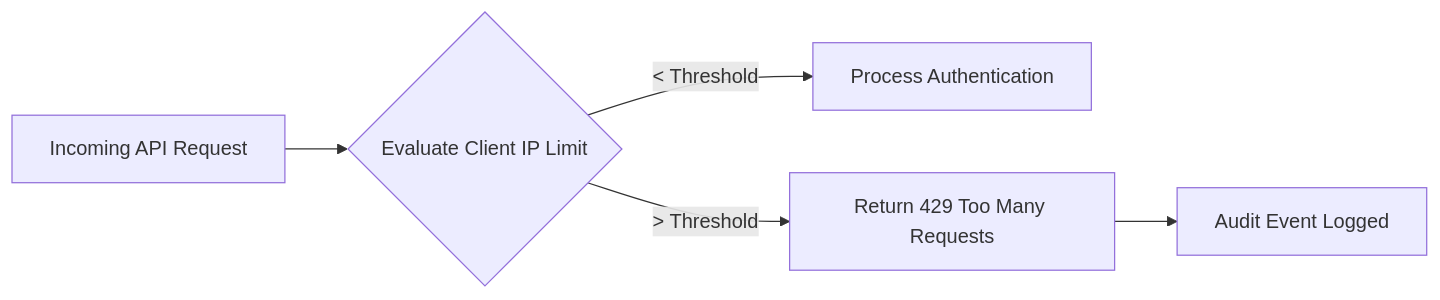
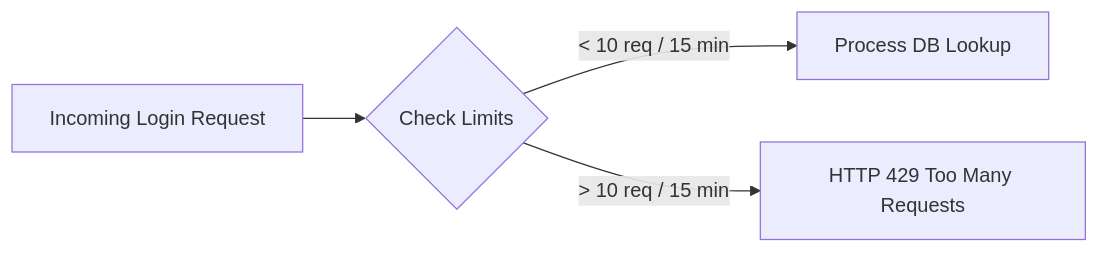
Before and after one commit to ayushsinghh0/just-doing-some-todo: the seventh of 7 diagrams in README.md, drawn with Mermaid. The commit also changed other lines of this file, not shown here.

````diff
--- a/README.md
+++ b/README.md
@@ -351,7 +289,6 @@
 ```mermaid
 graph LR
-    Req[Incoming API Request] --> IPCheck{Evaluate Client IP Limit}
-    IPCheck --> |< Threshold| Allow[Process Authentication]
-    IPCheck --> |> Threshold| Block[Return 429 Too Many Requests]
-    Block --> Alert[Audit Event Logged]
+    Req[Incoming Login Request] --> IPCheck{Check Limits}
+    IPCheck --> |< 10 req / 15 min| Allow[Process DB Lookup]
+    IPCheck --> |> 10 req / 15 min| Block[HTTP 429 Too Many Requests]
 ```
````
